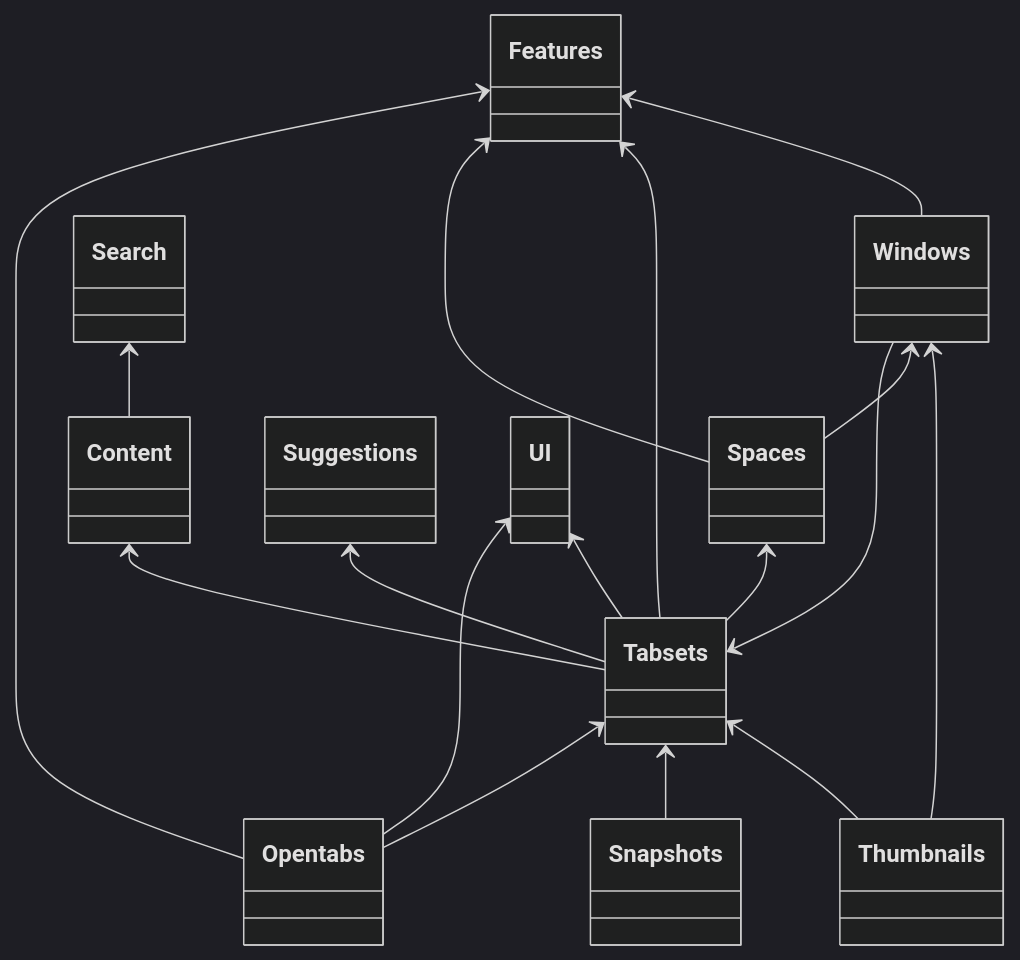
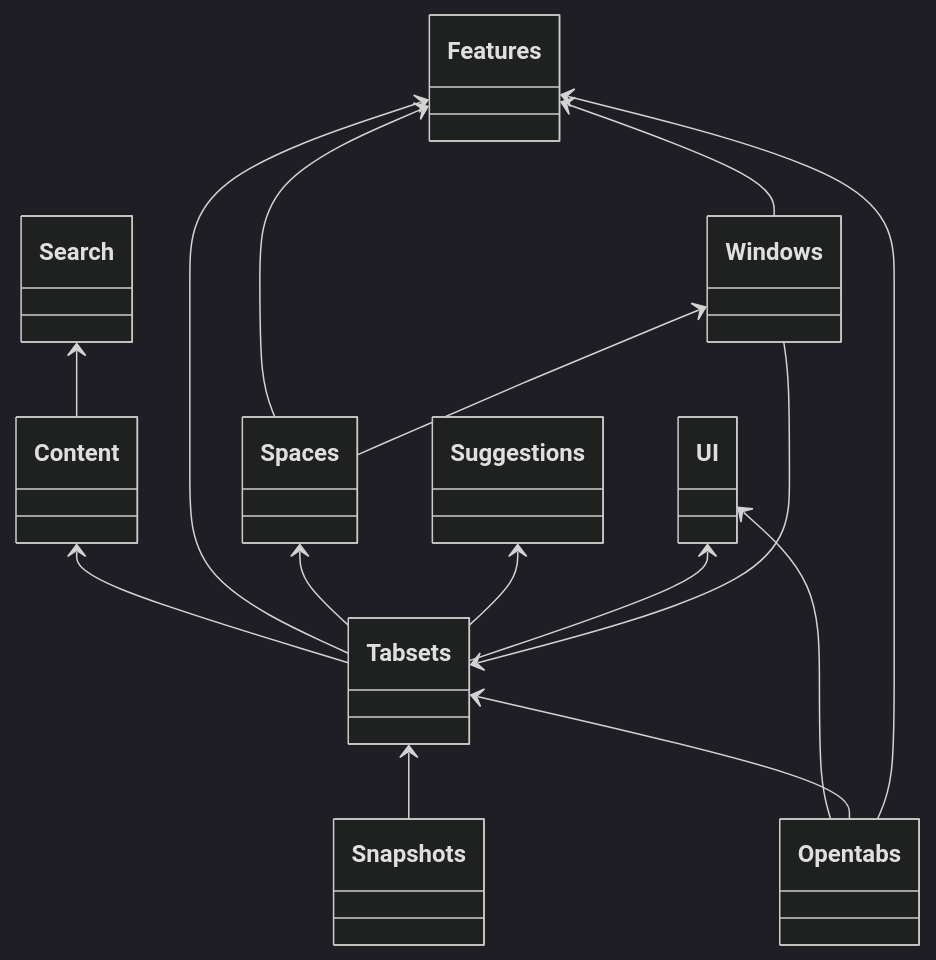
One commit to evandor/tabsets changed the diagram in docs/submodules/index.md. Above: the diagram before and after it, drawn with Mermaid (dark theme). The commit also changed other lines of this file, not shown here.

Commit message:
less dependencies for thumbnails

````diff
--- a/docs/submodules/index.md
+++ b/docs/submodules/index.md
@@ -14,32 +14,32 @@
 ```mermaid
 classDiagram
 %%  Core <-- Features
 
   Features <-- Windows
   Tabsets <-- Windows
 
-  Tabsets <-- Thumbnails
-  Windows <-- Thumbnails
+%%  Tabsets <-- Thumbnails
+%%  Windows <-- Thumbnails
 
   Content <-- Tabsets
   Features <-- Tabsets
 %%  Search <-- Tabsets
   Spaces <-- Tabsets
   Suggestions <-- Tabsets
   UI <-- Tabsets
 
   Features <-- Spaces
   Windows <-- Spaces
 
 %%  Bookmarks <-- Search
 
   Search <-- Content
 
   Tabsets <-- Snapshots
 
   UI <-- Opentabs
   Tabsets <-- Opentabs
   Features <-- Opentabs
 
 
 ```
````
